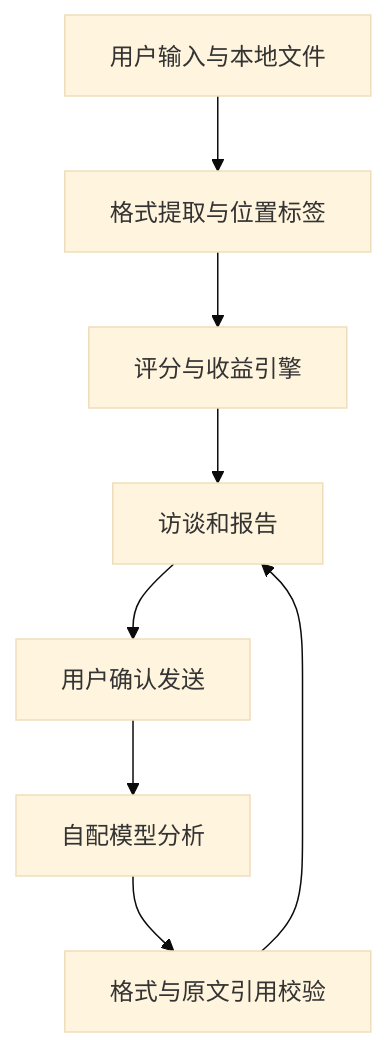
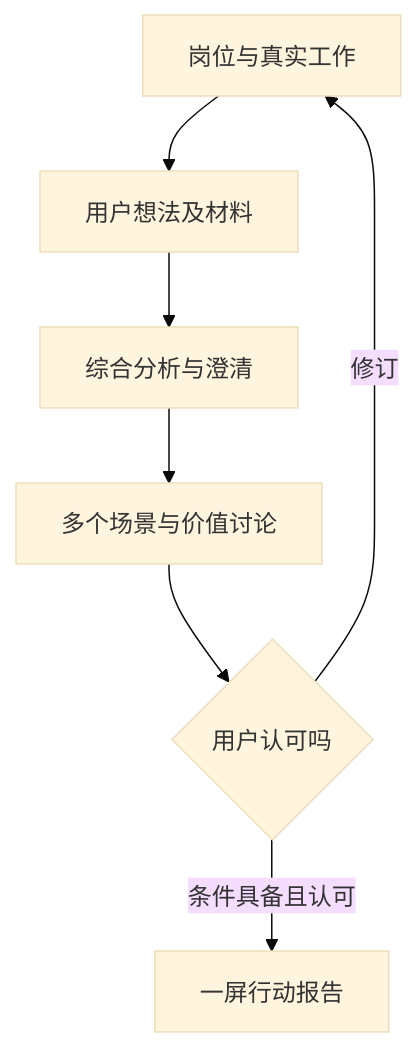
The diagram in ai-opportunity/DESIGN.md (beidou6972yh/beidou6972yh.github.io), drawn with Mermaid (base theme) before and after one commit. The commit also changed other lines of this file and 13 other files, not shown here.

````diff
--- a/ai-opportunity/DESIGN.md
+++ b/ai-opportunity/DESIGN.md
@@ -16,10 +13,9 @@
 ```mermaid
 flowchart TD
-  A[用户输入与本地文件] --> B[格式提取与位置标签]
-  B --> C[评分与收益引擎]
-  C --> D[访谈和报告]
-  D --> E[用户确认发送]
-  E --> F[自配模型分析]
-  F --> G[格式与原文引用校验]
-  G --> D
+ A[岗位与真实工作] --> B[用户想法及材料]
+ B --> C[综合分析与澄清]
+ C --> D[多个场景与价值讨论]
+ D --> E{用户认可吗}
+ E -->|修订| A
+ E -->|条件具备且认可| F[一屏行动报告]
 ```
````
